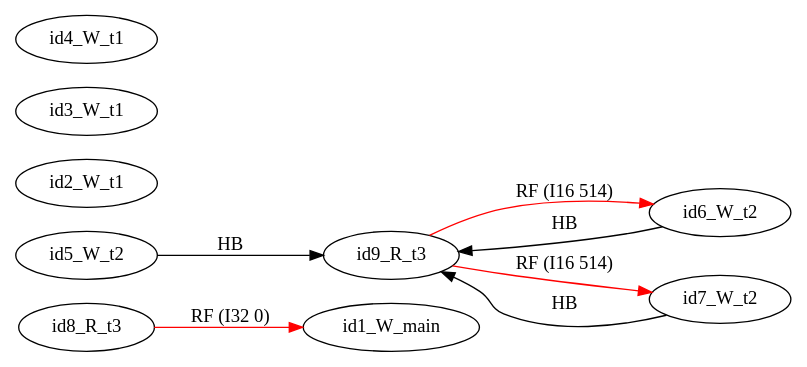
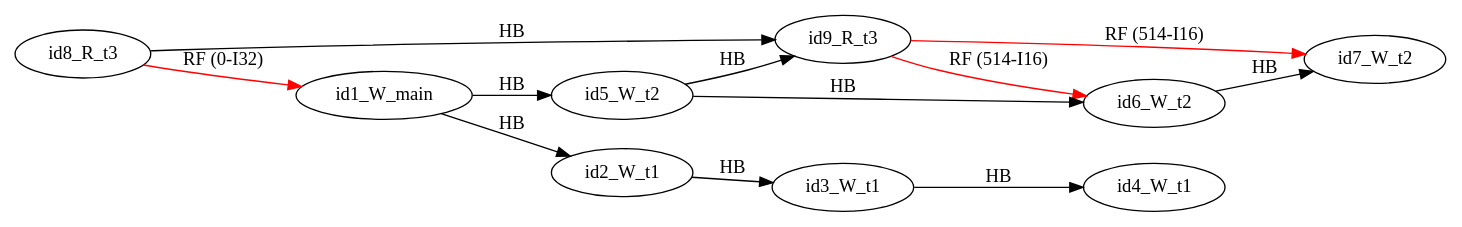
One commit to FMJS/EMME changed the diagram in examples/single_var/sv_simple19/mm41.dot. Above: the diagram before and after it, drawn with Graphviz. The commit also changed 242 other files, not shown here.

```diff
--- a/examples/single_var/sv_simple19/mm41.dot
+++ b/examples/single_var/sv_simple19/mm41.dot
@@ -1,19 +1,24 @@
 digraph memory_model {
 rankdir=LR;
 splines=true; esep=0.5;
-id8_R_t3 -> id1_W_main [label = "RF (I32 0)", color="red"];
-id9_R_t3 -> id6_W_t2 [label = "RF (I16 514)", color="red"];
-id9_R_t3 -> id7_W_t2 [label = "RF (I16 514)", color="red"];
+id8_R_t3 -> id1_W_main [label = "RF (0-I32)", color="red"];
+id9_R_t3 -> id6_W_t2 [label = "RF (514-I16)", color="red"];
+id9_R_t3 -> id7_W_t2 [label = "RF (514-I16)", color="red"];
+id2_W_t1 -> id3_W_t1 [label = "HB", color="black"];
+id3_W_t1 -> id4_W_t1 [label = "HB", color="black"];
+id5_W_t2 -> id6_W_t2 [label = "HB", color="black"];
+id6_W_t2 -> id7_W_t2 [label = "HB", color="black"];
+id8_R_t3 -> id9_R_t3 [label = "HB", color="black"];
+id1_W_main -> id2_W_t1 [label = "HB", color="black"];
+id1_W_main -> id5_W_t2 [label = "HB", color="black"];
 id5_W_t2 -> id9_R_t3 [label = "HB", color="black"];
-id6_W_t2 -> id9_R_t3 [label = "HB", color="black"];
-id7_W_t2 -> id9_R_t3 [label = "HB", color="black"];
 id1_W_main [pos="5.0,6!"]
 id2_W_t1 [pos="0,4!"]
 id3_W_t1 [pos="0,2!"]
 id4_W_t1 [pos="0,0!"]
 id5_W_t2 [pos="5,4!"]
 id6_W_t2 [pos="5,2!"]
 id7_W_t2 [pos="5,0!"]
 id8_R_t3 [pos="10,4!"]
 id9_R_t3 [pos="10,2!"]
 }
```
